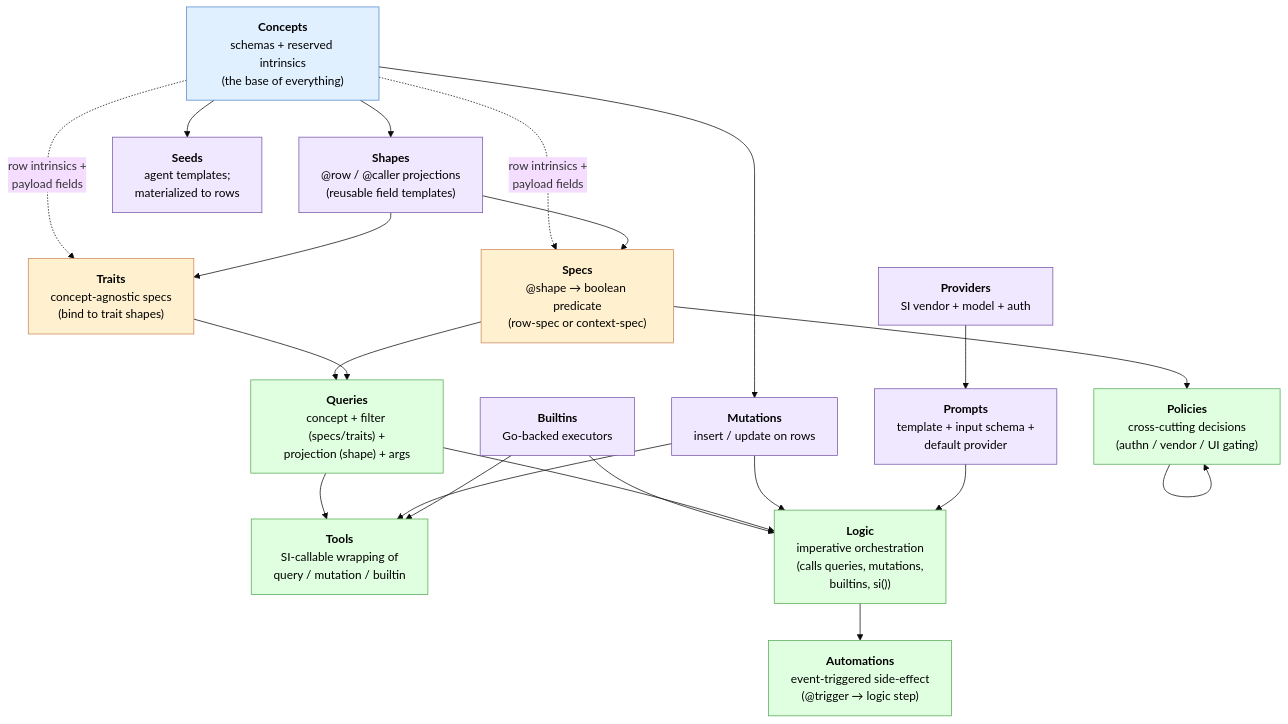
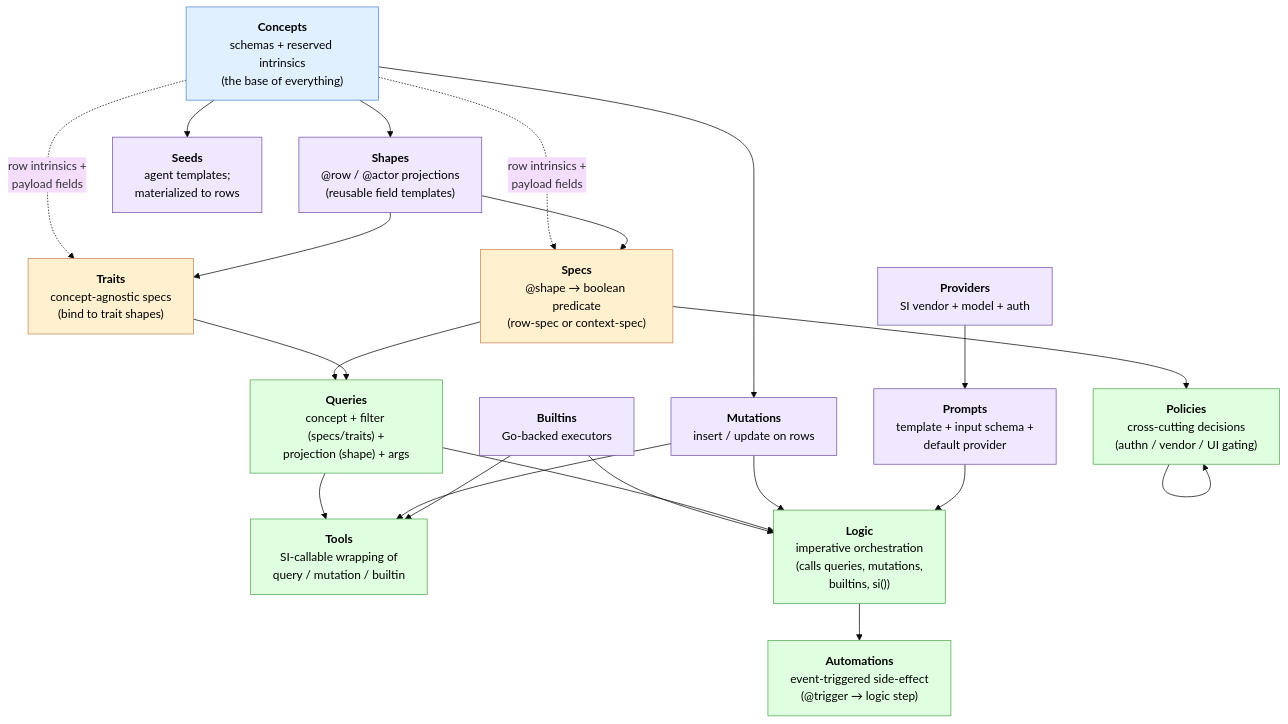
One commit to znasllc-io/memql changed the second of 6 diagrams in docs/planning/dsl-engine-mvp-foundation.md. Above: the diagram before and after it, drawn with Mermaid (base theme). The commit also changed other lines of this file and 22 other files, not shown here.

````diff
--- a/docs/planning/dsl-engine-mvp-foundation.md
+++ b/docs/planning/dsl-engine-mvp-foundation.md
@@ -93,51 +93,51 @@
 ```mermaid
 flowchart TB
   concepts["<b>Concepts</b><br/>schemas + reserved intrinsics<br/>(the base of everything)"]
 
-  shapes["<b>Shapes</b><br/>@row / @caller projections<br/>(reusable field templates)"]
+  shapes["<b>Shapes</b><br/>@row / @actor projections<br/>(reusable field templates)"]
   mutations["<b>Mutations</b><br/>insert / update on rows"]
   builtins["<b>Builtins</b><br/>Go-backed executors"]
   providers["<b>Providers</b><br/>SI vendor + model + auth"]
   seeds["<b>Seeds</b><br/>agent templates;<br/>materialized to rows"]
 
   specs["<b>Specs</b><br/>@shape → boolean predicate<br/>(row-spec or context-spec)"]
   traits["<b>Traits</b><br/>concept-agnostic specs<br/>(bind to trait shapes)"]
   prompts["<b>Prompts</b><br/>template + input schema +<br/>default provider"]
 
   queries["<b>Queries</b><br/>concept + filter (specs/traits) +<br/>projection (shape) + args"]
 
   tools["<b>Tools</b><br/>SI-callable wrapping of<br/>query / mutation / builtin"]
   logic["<b>Logic</b><br/>imperative orchestration<br/>(calls queries, mutations,<br/>builtins, si())"]
   automations["<b>Automations</b><br/>event-triggered side-effect<br/>(@trigger → logic step)"]
   policies["<b>Policies</b><br/>cross-cutting decisions<br/>(authn / vendor / UI gating)"]
 
   concepts --> shapes
   concepts --> mutations
   concepts --> seeds
   concepts -.->|"row intrinsics +<br/>payload fields"| specs
   concepts -.->|"row intrinsics +<br/>payload fields"| traits
   shapes --> specs
   shapes --> traits
   specs --> queries
   traits --> queries
   builtins --> logic
   providers --> prompts
   queries --> logic
   mutations --> logic
   prompts --> logic
   queries --> tools
   mutations --> tools
   builtins --> tools
   logic --> automations
   specs --> policies
   policies --> policies
 
   classDef base fill:#e0f0ff,stroke:#5588cc,color:#000;
   classDef proj fill:#f0e8ff,stroke:#7755aa,color:#000;
   classDef pred fill:#fff0d0,stroke:#cc8855,color:#000;
   classDef exec fill:#e0ffe0,stroke:#55aa55,color:#000;
   class concepts base;
   class shapes,mutations,builtins,providers,seeds,prompts proj;
   class specs,traits pred;
   class queries,tools,logic,automations,policies exec;
 ```
````
